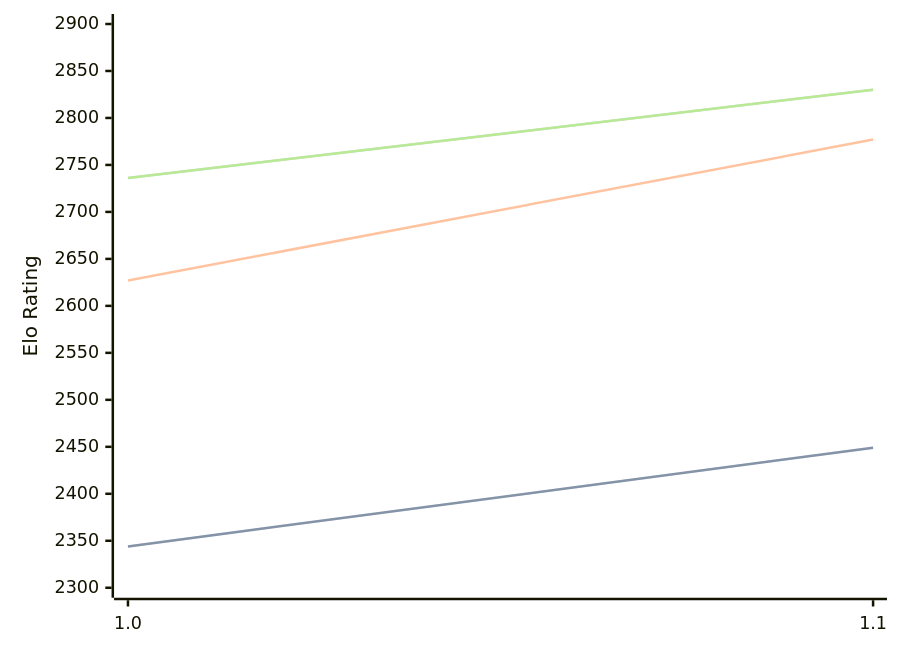
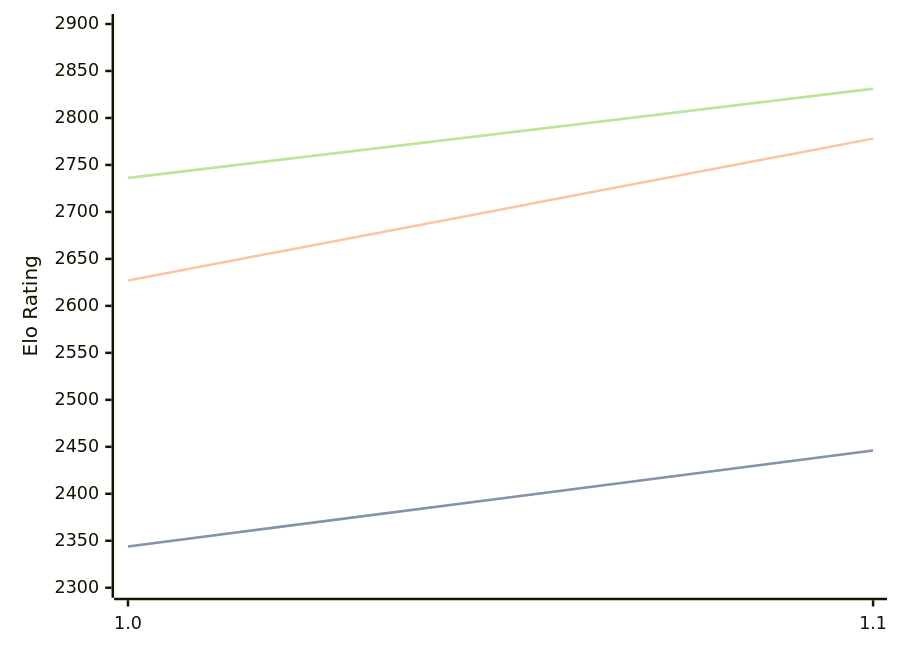
The diagram in engines/Casanchess.md (computer-chess-index/cci), drawn with Mermaid before and after one commit. The commit also changed other lines of this file, not shown here.

Commit message:
Update CCI Ratings (ELO VLTC) - 2026-09-06

````diff
--- a/engines/Casanchess.md
+++ b/engines/Casanchess.md
@@ -32,11 +32,11 @@
 ```mermaid
 %%{init: {"theme":"base","themeVariables":{"seriesColors:['#a3a3a3','#222221','#faa371']}}}%%
 xychart-beta
   x-axis ["1.0", "1.1"]
   y-axis "Elo Rating" 2300 --> 2900
-  line "" [2344, 2449]
-  line "STC (8.0+0.08s)" [2344, 2449]
-  line "LTC (60.0+0.60s)" [2627, 2777]
-  line "" [2736, 2830]
-  line "VLTC (2m24s+1.12s)" [2736, 2830]
+  line "" [2344, 2446]
+  line "STC (8.0+0.08s)" [2344, 2446]
+  line "LTC (60.0+0.60s)" [2627, 2778]
+  line "" [2736, 2831]
+  line "VLTC (2m24s+1.12s)" [2736, 2831]
 ```
````
